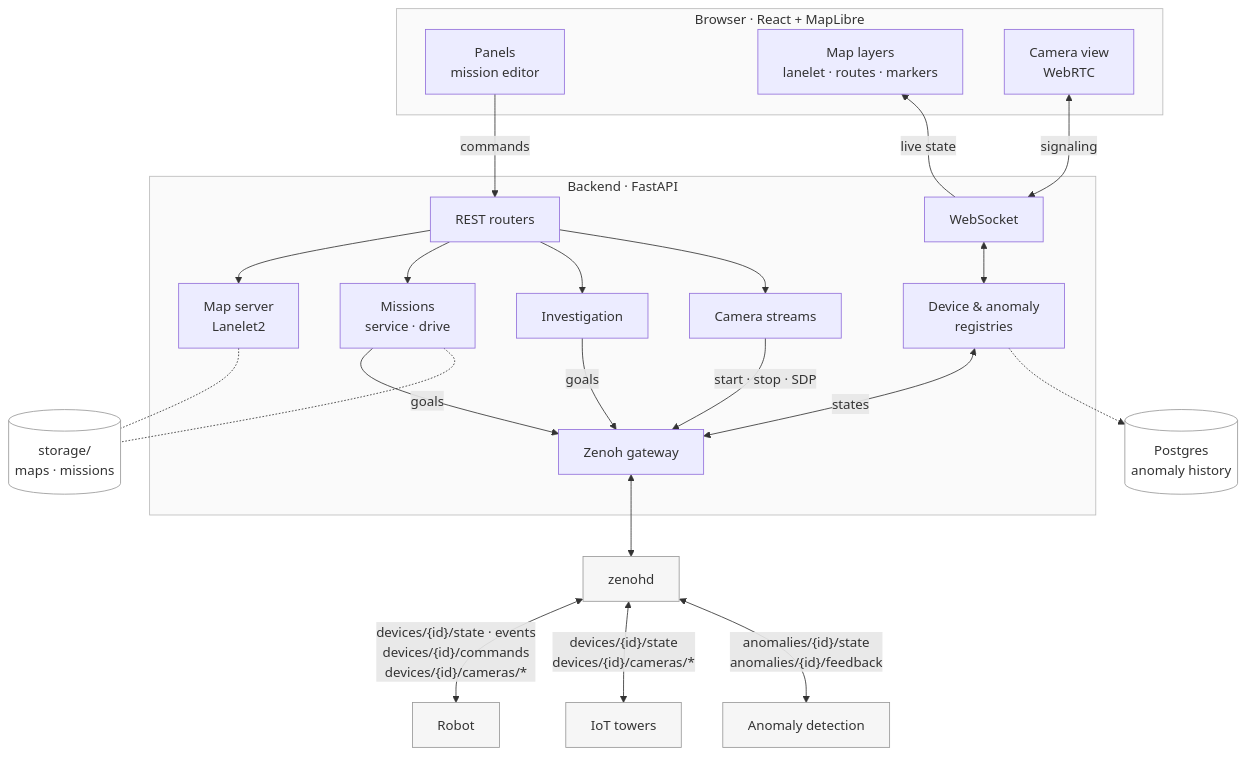
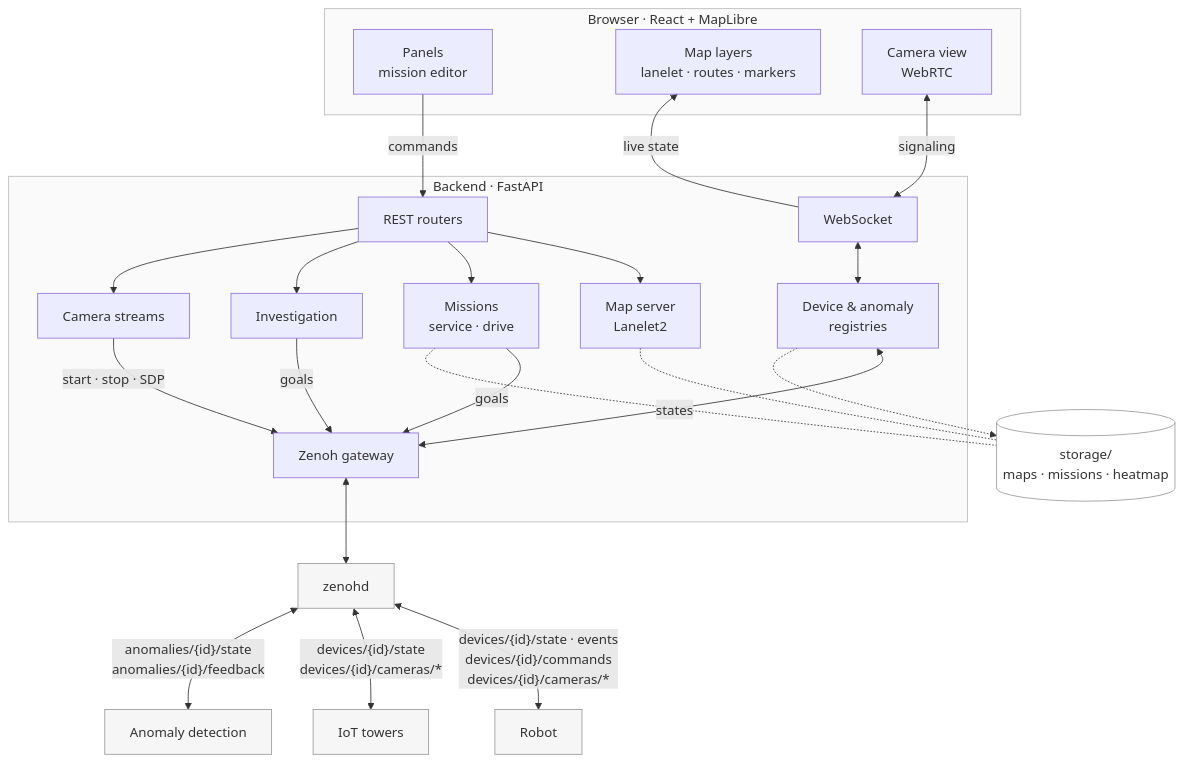
One commit to patrol-knight/mission-manager changed the first of 3 diagrams in README.md. Above: the diagram before and after it, drawn with Mermaid. The commit also changed other lines of this file and 42 other files, not shown here.

````diff
--- a/README.md
+++ b/README.md
@@ -68,50 +64,49 @@
 ```mermaid
 flowchart TB
     subgraph Browser["Browser · React + MapLibre"]
         UI["Panels<br/>mission editor"]
         Map["Map layers<br/>lanelet · routes · markers"]
         Video["Camera view<br/>WebRTC"]
     end
 
     subgraph Backend["Backend · FastAPI"]
         REST["REST routers"]
         WS["WebSocket"]
         MapS["Map server<br/>Lanelet2"]
         MS["Missions<br/>service · drive"]
         Inv["Investigation"]
         Cam["Camera streams"]
         Reg["Device & anomaly<br/>registries"]
         GW["Zenoh gateway"]
     end
 
-    Files[("storage/<br/>maps · missions")]
-    DB[("Postgres<br/>anomaly history")]
+    Files[("storage/<br/>maps · missions · heatmap")]
     Z["zenohd"]
     Robot["Robot"]
     Tower["IoT towers"]
     AD["Anomaly detection"]
 
     UI -- commands --> REST
     Map ~~~ WS
     WS -- live state --> Map
     Video <-- signaling --> WS
     REST --> MapS & MS & Inv & Cam
     WS <--> Reg
     MS & Inv -- goals --> GW
     Cam -- "start · stop · SDP" --> GW
     Reg <-- states --> GW
     MapS -.- Files
     MS -.- Files
-    Reg -.-> DB
+    Reg -.-> Files
     GW <--> Z
     Z <-- "devices/{id}/state · events<br/>devices/{id}/commands<br/>devices/{id}/cameras/*" --> Robot
     Z <-- "devices/{id}/state<br/>devices/{id}/cameras/*" --> Tower
     Z <-- "anomalies/{id}/state<br/>anomalies/{id}/feedback" --> AD
 
     classDef ext fill:#f6f6f6,stroke:#999,color:#333
     classDef store fill:#fff,stroke:#999,color:#333
     class Robot,Tower,AD,Z ext
     class Files,DB store
     style Browser fill:#fafafa,stroke:#bbb
     style Backend fill:#fafafa,stroke:#bbb
 ```
````
